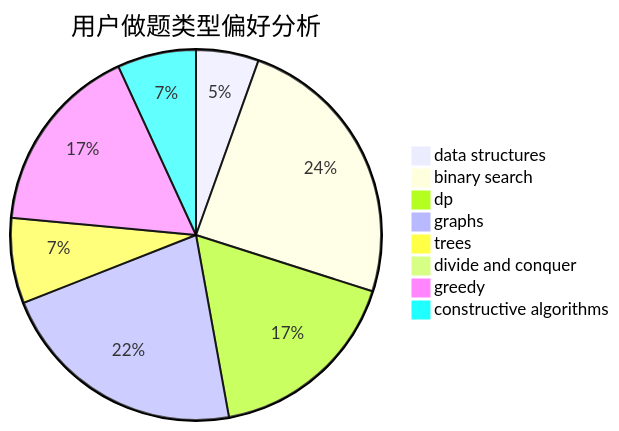
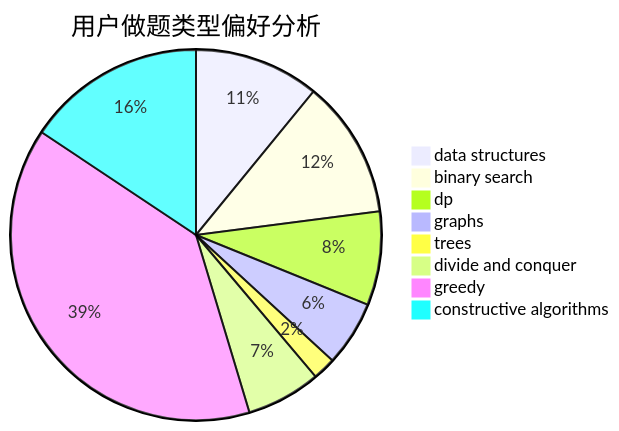
One commit to sherpahu/cfrs.github.io changed the second of 3 diagrams in docs/user/u459.md. Above: the diagram before and after it, drawn with Mermaid. The commit also changed other lines of this file and 2770 other files, not shown here.

````diff
--- a/docs/user/u459.md
+++ b/docs/user/u459.md
@@ -23,11 +23,11 @@
 ```mermaid
 pie title 用户做题类型偏好分析
-    "data structures" :  47
-    "binary search" :  210
-    "dp" :  148
-    "graphs" :  188
-    "trees" :  64
-    "divide and conquer" :  0
-    "greedy" :  143
-    "constructive algorithms" :  59
+    "data structures" :  136
+    "binary search" :  150
+    "dp" :  102
+    "graphs" :  71
+    "trees" :  25
+    "divide and conquer" :  81
+    "greedy" :  486
+    "constructive algorithms" :  195
 ```
````
